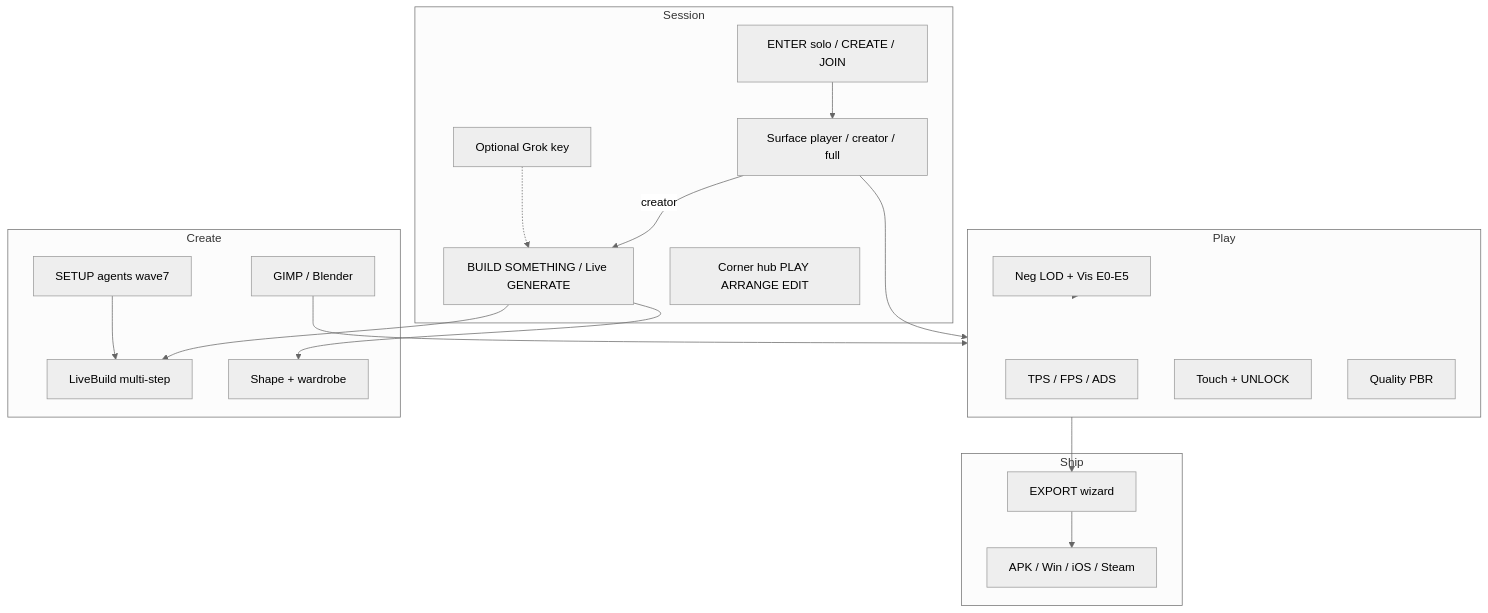
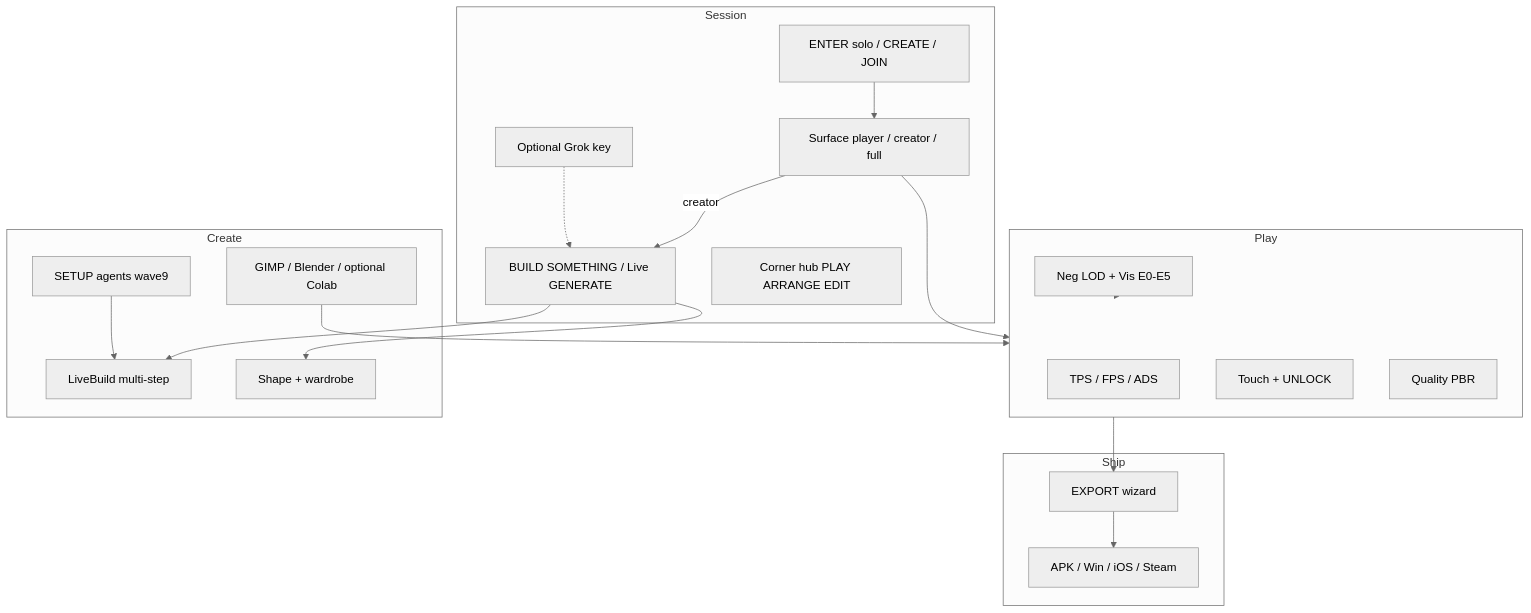
One commit to medicinalsheep/threshold changed the diagram in docs/README.md. Above: the diagram before and after it, drawn with Mermaid (neutral theme). The commit also changed other lines of this file and 273 other files, not shown here.

First line of the commit message:
wip: capture Desktop 10.22.2 hero/Colab/wave9 work

````diff
--- a/docs/README.md
+++ b/docs/README.md
@@ -25,35 +25,35 @@
 ```mermaid
 flowchart TB
     subgraph session [Session]
         LOBBY[ENTER solo / CREATE / JOIN]
         SURF[Surface player / creator / full]
         BUILD[BUILD SOMETHING / Live GENERATE]
         HUBS[Corner hub PLAY ARRANGE EDIT]
         AUTH[Optional Grok key]
     end
     subgraph play [Play]
         TPS[TPS / FPS / ADS]
         TOUCH[Touch + UNLOCK]
         PBR[Quality PBR]
         PERF[Neg LOD + Vis E0-E5]
     end
     subgraph create [Create]
         LIVE[LiveBuild multi-step]
         SKIN[Shape + wardrobe]
-        SETUP[SETUP agents wave7]
-        ART[GIMP / Blender]
+        SETUP[SETUP agents wave9]
+        ART[GIMP / Blender / optional Colab]
     end
     subgraph ship [Ship]
         EXP[EXPORT wizard]
         NAT[APK / Win / iOS / Steam]
     end
     LOBBY --> SURF
     SURF --> play
     SURF -->|creator| BUILD --> LIVE
     BUILD --> SKIN
     AUTH -.-> BUILD
     SETUP --> LIVE
     ART --> play
     play --> EXP --> NAT
     PERF -.-> play
 ```
````
